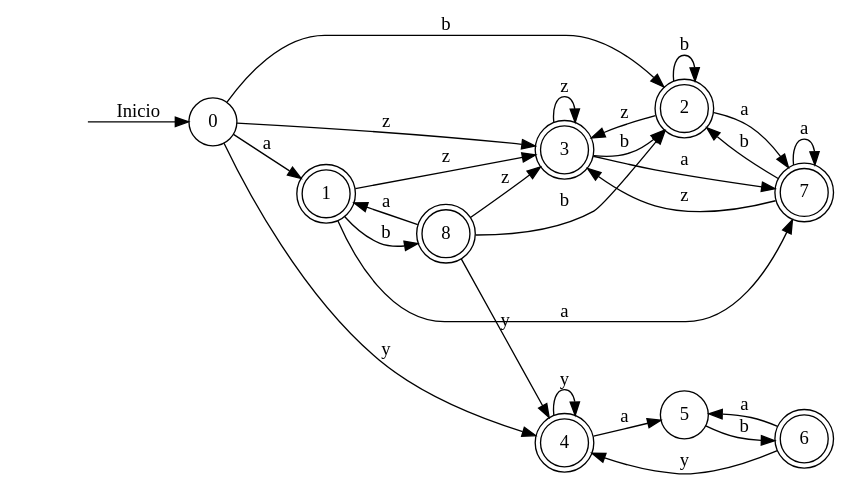
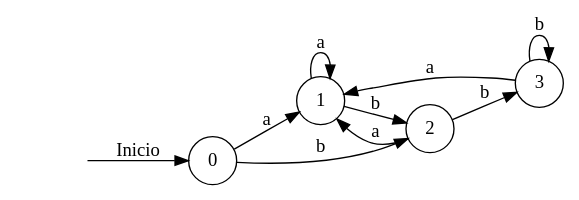
One commit to diegojacobs/Compilador changed the diagram in GraficaAFDSubconjuntos.dot. Above: the diagram before and after it, drawn with Graphviz. The commit also changed 26 other files, not shown here.

```diff
--- a/GraficaAFDSubconjuntos.dot
+++ b/GraficaAFDSubconjuntos.dot
@@ -1,50 +1,21 @@
 digraph GraficaAFDSubconjuntos {
 rankdir=LR;
 {
 node [style = invisible]
 INI
 }
 INI -> 0[label="Inicio"]
 
 0 [ shape="circle"]
-1 [ shape="doublecircle"]
-1[fillcolor="#1D22E8"];
-2 [ shape="doublecircle"]
-2[fillcolor="#1D22E8"];
-3 [ shape="doublecircle"]
-3[fillcolor="#1D22E8"];
-4 [ shape="doublecircle"]
-4[fillcolor="#1D22E8"];
-5 [ shape="circle"]
-6 [ shape="doublecircle"]
-6[fillcolor="#1D22E8"];
-7 [ shape="doublecircle"]
-7[fillcolor="#1D22E8"];
-8 [ shape="doublecircle"]
-8[fillcolor="#1D22E8"];
+1 [ shape="circle"]
+2 [ shape="circle"]
+3 [ shape="circle"]
 0->1[label="a"]
 0->2[label="b"]
-0->3[label="z"]
-0->4[label="y"]
-1->7[label="a"]
-1->8[label="b"]
-1->3[label="z"]
-2->7[label="a"]
-2->2[label="b"]
-2->3[label="z"]
-3->7[label="a"]
-3->2[label="b"]
-3->3[label="z"]
-4->5[label="a"]
-4->4[label="y"]
-5->6[label="b"]
-6->5[label="a"]
-6->4[label="y"]
-7->7[label="a"]
-7->2[label="b"]
-7->3[label="z"]
-8->1[label="a"]
-8->2[label="b"]
-8->3[label="z"]
-8->4[label="y"]
+1->1[label="a"]
+1->2[label="b"]
+2->1[label="a"]
+2->3[label="b"]
+3->1[label="a"]
+3->3[label="b"]
 }
```
